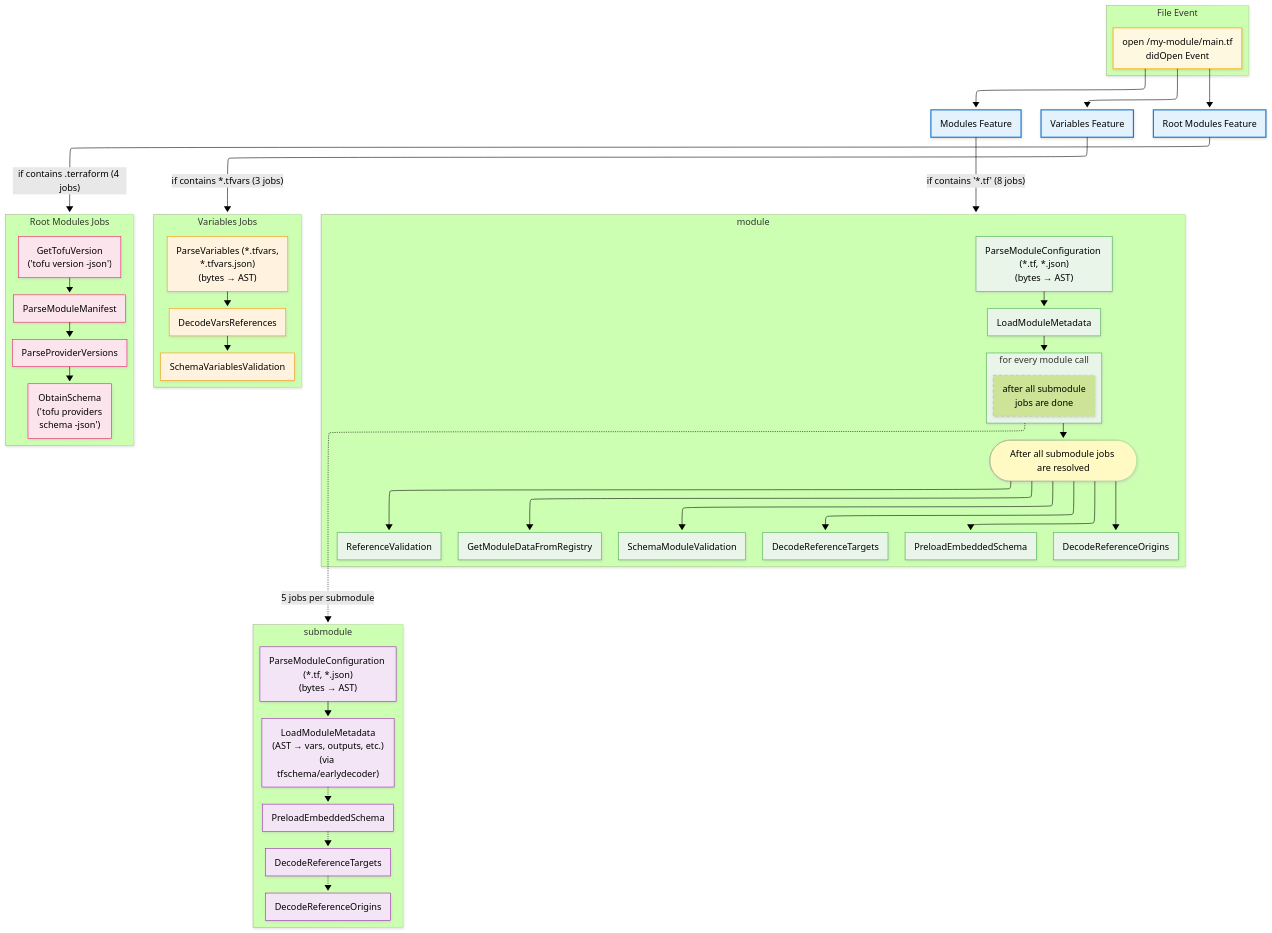
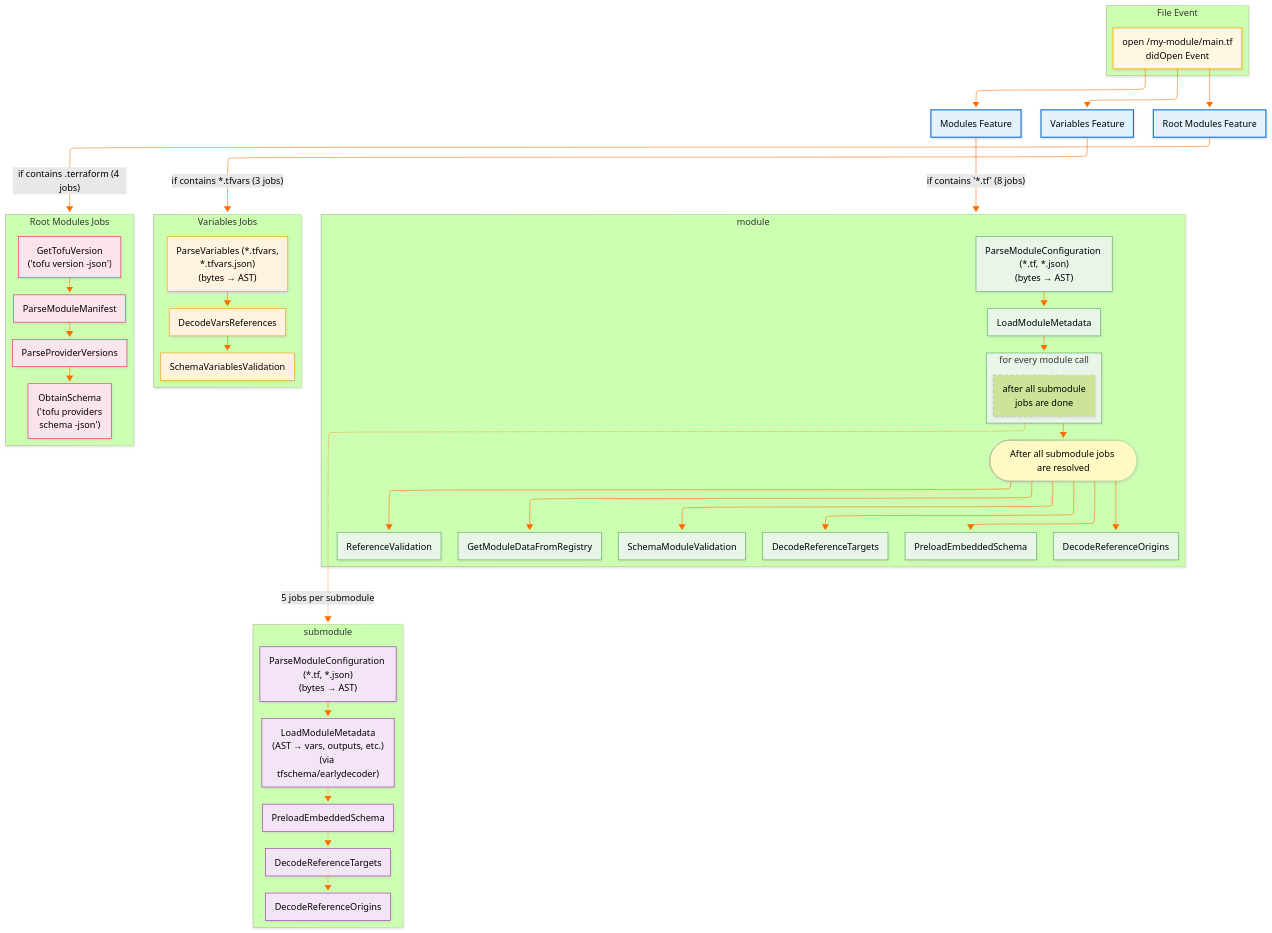
Before and after one commit to opentofu/tofu-ls: the fifth of 6 diagrams in docs/architecture.md, drawn with Mermaid. The commit also changed other lines of this file, not shown here.

Commit message:
Architecture.md stroke color

````diff
--- a/docs/architecture.md
+++ b/docs/architecture.md
@@ -402,4 +405,5 @@
     classDef file fill:#fff8e1,stroke:#fbc02d,stroke-width:2px
     classDef dashed stroke-dasharray: 5 5
     style n1 fill:#FFF9C4
+    linkStyle default stroke:#FF6D00
 ```
````
